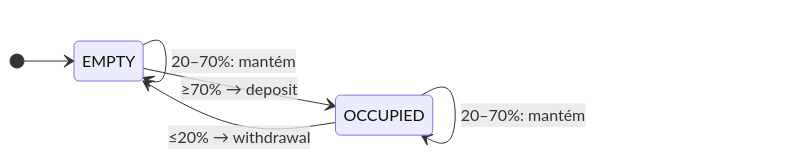
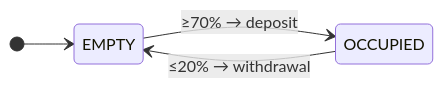
Before and after one commit to artxavier/HorseCV-Hackathon: the first of 6 diagrams in README.md, drawn with Mermaid. The commit also changed other lines of this file and 1 other file, not shown here.

````diff
--- a/README.md
+++ b/README.md
@@ -38,9 +40,7 @@
 ```mermaid
 stateDiagram-v2
     direction LR
     [*] --> EMPTY
     EMPTY --> OCCUPIED: ≥70% → deposit
     OCCUPIED --> EMPTY: ≤20% → withdrawal
-    EMPTY --> EMPTY: 20–70%: mantém
-    OCCUPIED --> OCCUPIED: 20–70%: mantém
 ```
````
